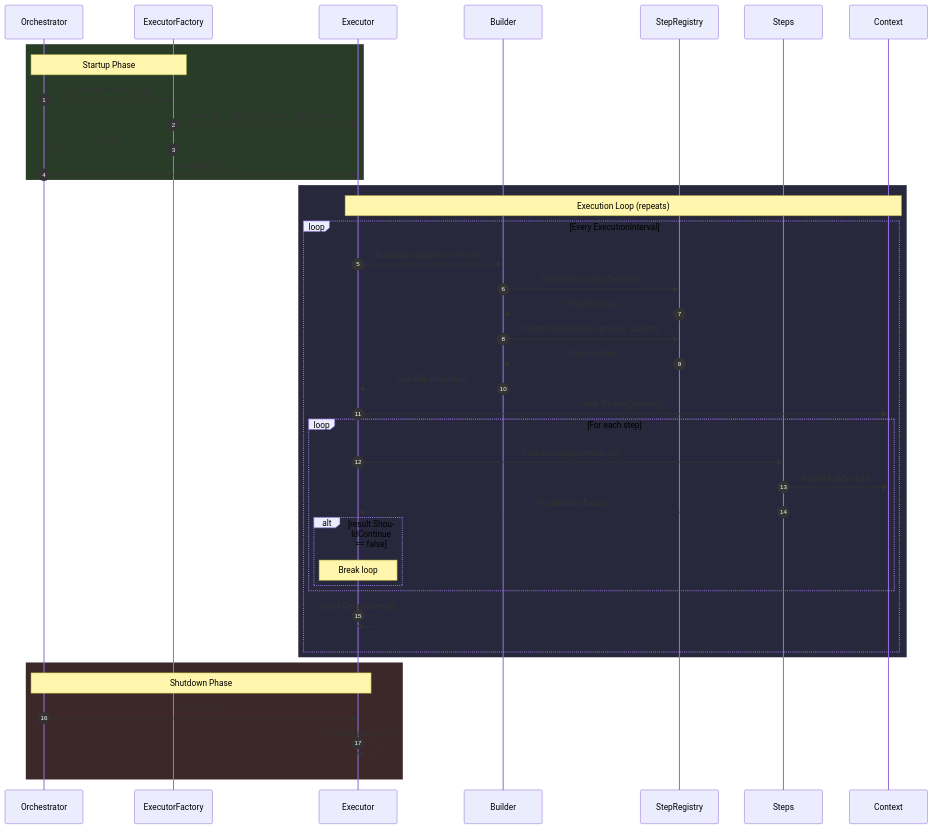
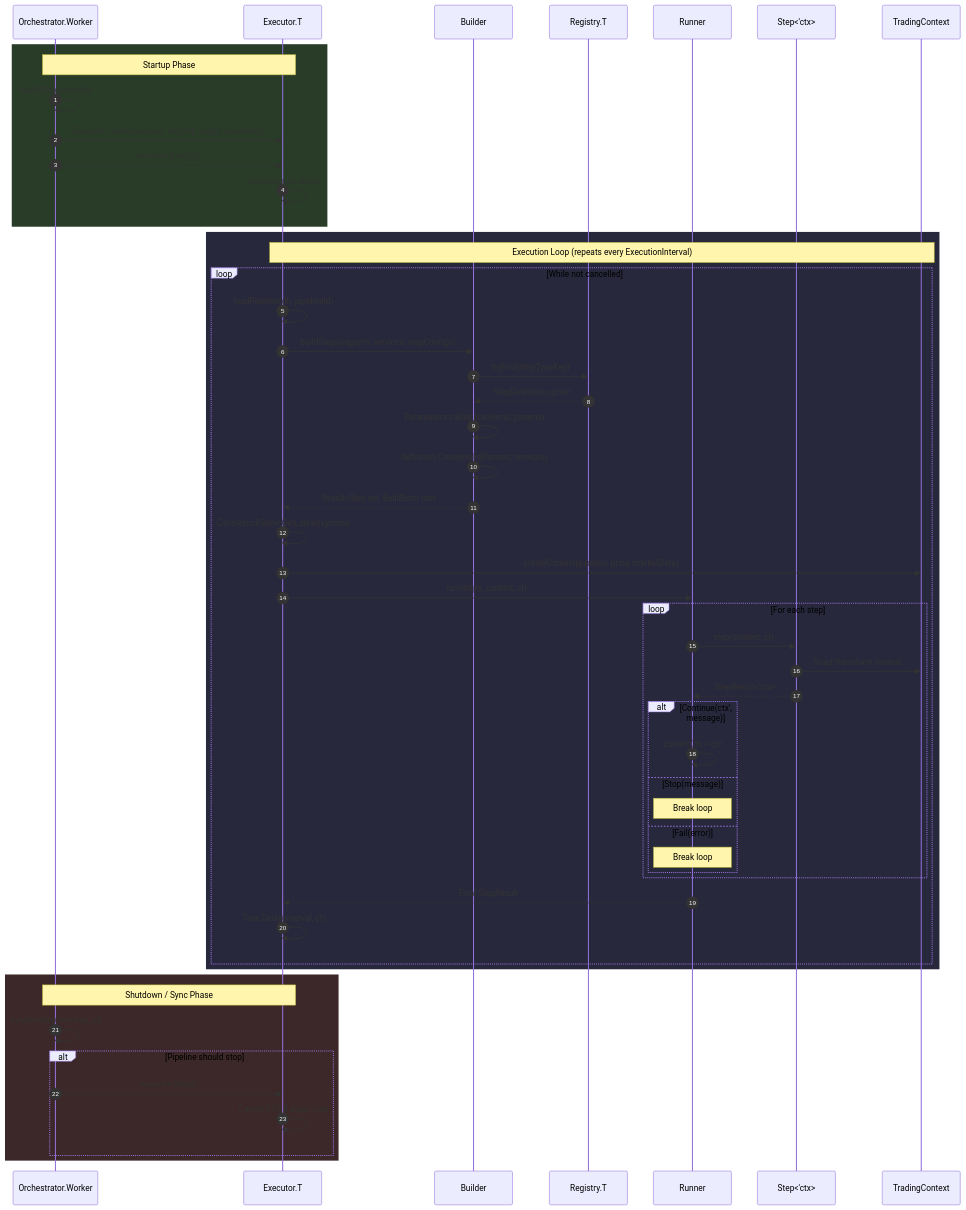
Before and after one commit to ihordyrman/Warehouse: the diagram in diagrams/execution-flow.mmd, drawn with Mermaid. The commit also changed 1 other file, not shown here.

Commit message:
Update diagrams

```diff
--- a/diagrams/execution-flow.mmd
+++ b/diagrams/execution-flow.mmd
@@ -1,48 +1,56 @@
 sequenceDiagram
     autonumber
-    participant O as Orchestrator
-    participant EF as ExecutorFactory
-    participant E as Executor
+    participant O as Orchestrator.Worker
+    participant E as Executor.T
     participant B as Builder
-    participant R as StepRegistry
-    participant S as Steps
-    participant C as Context
+    participant R as Registry.T
+    participant Run as Runner
+    participant S as Step<'ctx>
+    participant C as TradingContext
 
     rect rgb(40, 60, 40)
-        Note over O,EF: Startup Phase
-        O->>EF: Create(pipeline, services)
-        EF->>E: new PipelineExecutor(services, pipeline)
-        EF-->>O: executor
-        O->>E: StartAsync(ct)
+        Note over O, E: Startup Phase
+        O ->> O: loadAllPipelines(db)
+        O ->> E: Executor.create(services, registry, logger, pipelineId)
+        O ->> E: executor.Start(ct)
+        E ->> E: executeLoop starts
     end
 
     rect rgb(40, 40, 60)
-        Note over E,C: Execution Loop (repeats)
-        loop Every ExecutionInterval
-            E->>B: BuildSteps(pipeline, services)
-            B->>R: GetDefinition(stepTypeKey)
-            R-->>B: IStepDefinition
-            B->>R: CreateInstance(key, services, params)
-            R-->>B: IPipelineStep
-            B-->>E: List<IPipelineStep>
-
-            E->>C: new TradingContext()
-
+        Note over E, C: Execution Loop (repeats every ExecutionInterval)
+        loop While not cancelled
+            E ->> E: loadPipeline(db, pipelineId)
+            E ->> B: buildSteps(registry, services, stepConfigs)
+            B ->> R: tryFind(stepTypeKey)
+            R -->> B: StepDefinition option
+            B ->> B: Parameters.validate(schema, params)
+            B ->> B: definition.Create(validParams, services)
+            B -->> E: Result<Step list, BuildError list>
+            E ->> E: CandlestickStore.GetLatest(symbol)
+            E ->> C: createContext(pipeline, price, marketData)
+            E ->> Run: run(steps, context, ct)
             loop For each step
-                E->>S: ExecuteAsync(context, ct)
-                S->>C: Read/Modify state
-                S-->>E: PipelineStepResult
-                alt result.ShouldContinue == false
-                    Note over E: Break loop
+                Run ->> S: step(context, ct)
+                S ->> C: Read/transform context
+                S -->> Run: StepResult<'ctx>
+                alt Continue(ctx', message)
+                    Run ->> Run: currentCtx = ctx'
+                else Stop(message)
+                    Note over Run: Break loop
+                else Fail(error)
+                    Note over Run: Break loop
                 end
             end
-
-            E->>E: await Delay(interval)
+            Run -->> E: Final StepResult
+            E ->> E: Task.Delay(interval, ct)
         end
     end
 
     rect rgb(60, 40, 40)
-        Note over O,E: Shutdown Phase
-        O->>E: StopAsync()
-        E->>E: Cancel & await task
+        Note over O, E: Shutdown / Sync Phase
+        O ->> O: synchronize(services, ct)
+        alt Pipeline should stop
+            O ->> E: executor.Stop()
+            E ->> E: Cancel CTS & await task
+        end
     end
```
